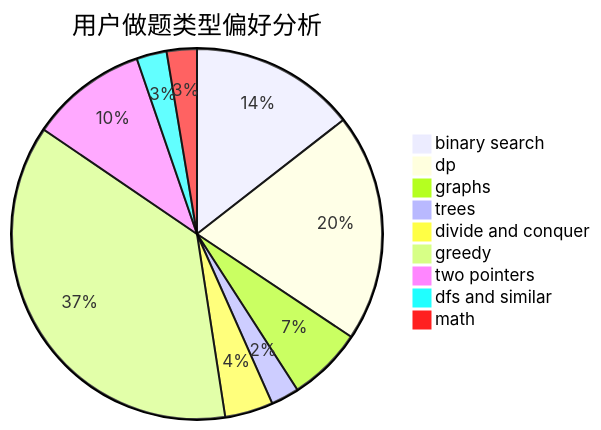
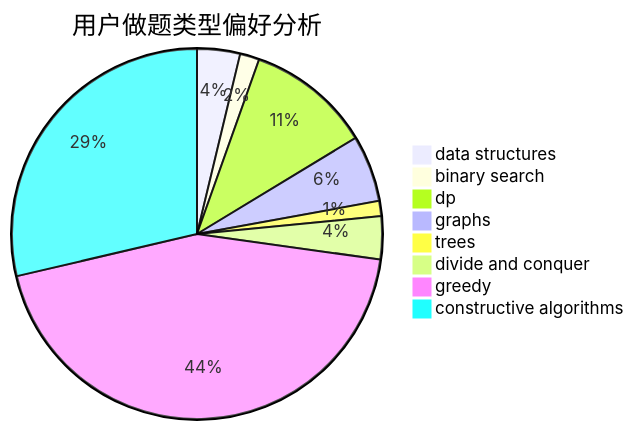
Before and after one commit to sherpahu/cfrs.github.io: the second of 3 diagrams in docs/user/u90.md, drawn with Mermaid. The commit also changed other lines of this file and 2775 other files, not shown here.

````diff
--- a/docs/user/u90.md
+++ b/docs/user/u90.md
@@ -23,12 +23,11 @@
 ```mermaid
 pie title 用户做题类型偏好分析
-    "binary search" :  412
-    "dp" :  567
-    "graphs" :  186
-    "trees" :  70
-    "divide and conquer" :  120
-    "greedy" :  1053
-    "two pointers" :  291
-    "dfs and similar" :  75
-    "math" :  75
+    "data structures" :  31
+    "binary search" :  14
+    "dp" :  90
+    "graphs" :  48
+    "trees" :  11
+    "divide and conquer" :  31
+    "greedy" :  365
+    "constructive algorithms" :  237
 ```
````
